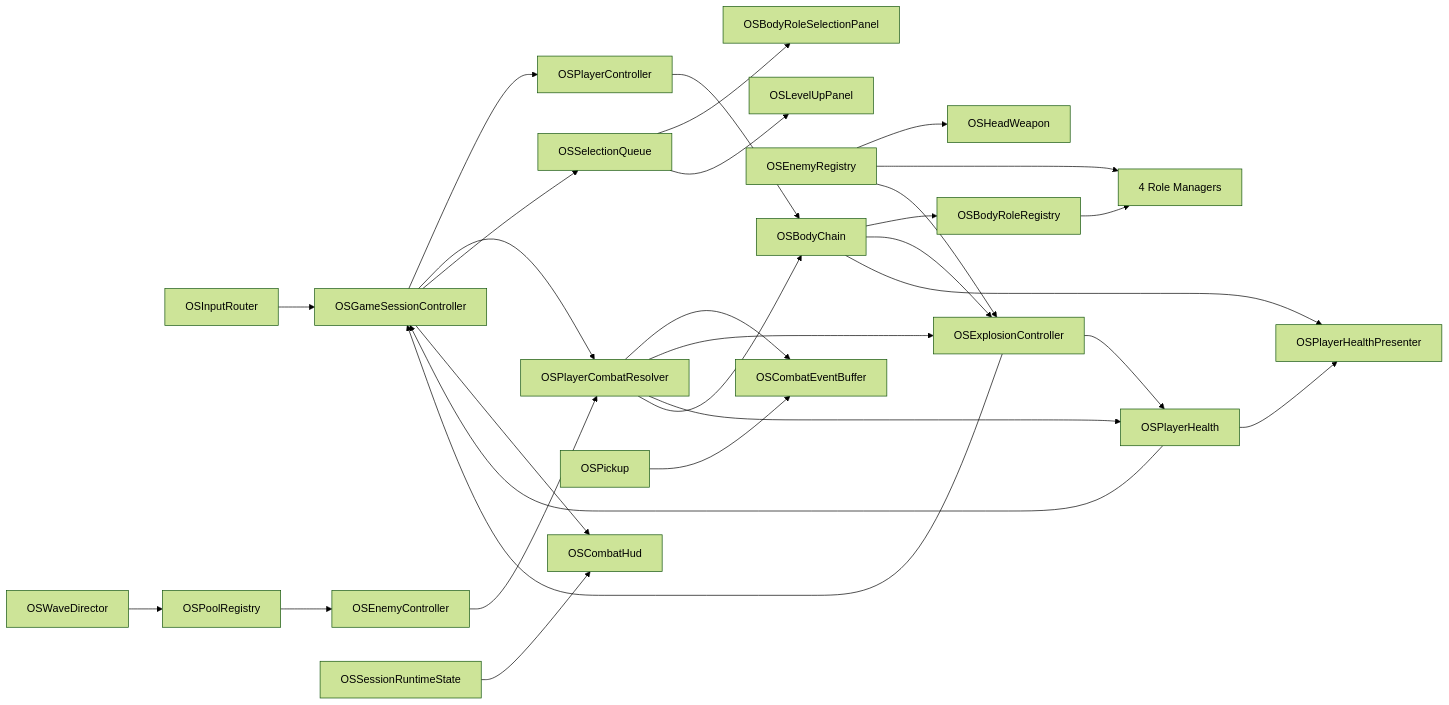
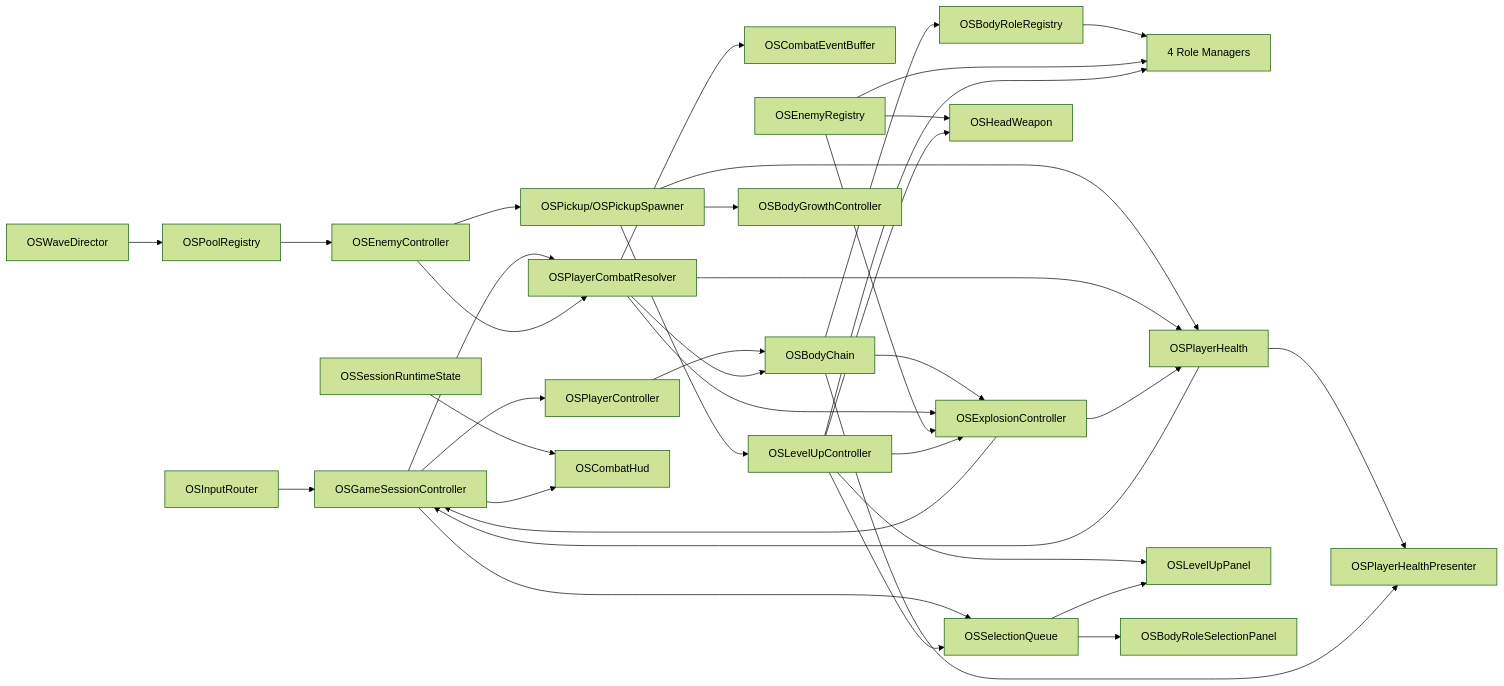
One commit to WackyGameStudio/Ouroboros changed the diagram in docs/OUROBOROS_SWARM_Unity_설계서.md. Above: the diagram before and after it, drawn with Mermaid (forest theme). The commit also changed other lines of this file and 37 other files, not shown here.

````diff
--- a/docs/OUROBOROS_SWARM_Unity_설계서.md
+++ b/docs/OUROBOROS_SWARM_Unity_설계서.md
@@ -1015,31 +1022,39 @@
 ```mermaid
 flowchart LR
     Input[OSInputRouter] --> Session[OSGameSessionController]
     Session --> Player[OSPlayerController]
     Session --> Resolver[OSPlayerCombatResolver]
     Resolver --> Buffer[OSCombatEventBuffer]
     Session --> Queue[OSSelectionQueue]
     Player --> Chain[OSBodyChain]
     Chain --> RoleRegistry[OSBodyRoleRegistry]
     RoleRegistry --> Roles[4 Role Managers]
     Chain --> Explosion[OSExplosionController]
     Resolver --> Explosion
     Registry[OSEnemyRegistry] --> Head[OSHeadWeapon]
     Registry --> Roles
     Registry --> Explosion
     Wave[OSWaveDirector] --> Pool[OSPoolRegistry]
     Pool --> Enemy[OSEnemyController]
     Enemy --> Resolver
-    Pickup[OSPickup] --> Buffer
+    Enemy --> Pickup[OSPickup/OSPickupSpawner]
+    Pickup --> Growth[OSBodyGrowthController]
+    Pickup --> Level[OSLevelUpController]
+    Pickup --> Health
+    Level --> Queue
+    Level --> Head
+    Level --> Roles
+    Level --> Explosion
+    Level --> LevelUI
     Resolver --> Health[OSPlayerHealth]
     Resolver --> Chain
     Explosion --> Health
     Explosion --> Session
     Health --> Session
     Runtime[OSSessionRuntimeState] --> HUD[OSCombatHud]
     Health --> HealthHUD[OSPlayerHealthPresenter]
     Chain --> HealthHUD
     Session --> HUD
     Queue --> BodyUI[OSBodyRoleSelectionPanel]
     Queue --> LevelUI[OSLevelUpPanel]
 ```
````
